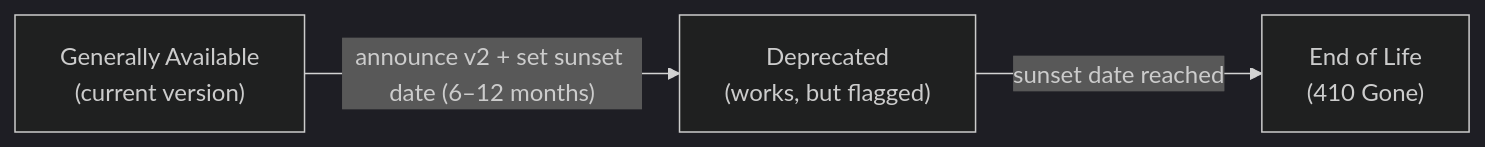
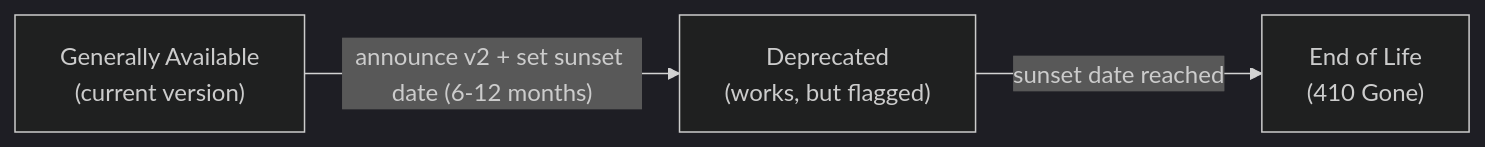
The second of 2 diagrams in phase-2-foundations/topic-15-api-versioning.md (b-balakrishna/system-design), drawn with Mermaid (dark theme) before and after one commit. The commit also changed other lines of this file and 165 other files, not shown here.

Commit message:
feat: add comprehensive system design documentation covering foundations, backend, frontend, distributed systems, and AI/ML architectures

````diff
--- a/phase-2-foundations/topic-15-api-versioning.md
+++ b/phase-2-foundations/topic-15-api-versioning.md
@@ -174,9 +174,9 @@
 ```mermaid
 flowchart LR
     GA["Generally Available\n(current version)"]
     DEP["Deprecated\n(works, but flagged)"]
     EOL["End of Life\n(410 Gone)"]
 
-    GA -->|"announce v2 + set sunset date (6–12 months)"| DEP
+    GA -->|"announce v2 + set sunset date (6-12 months)"| DEP
     DEP -->|"sunset date reached"| EOL
 ```
````
